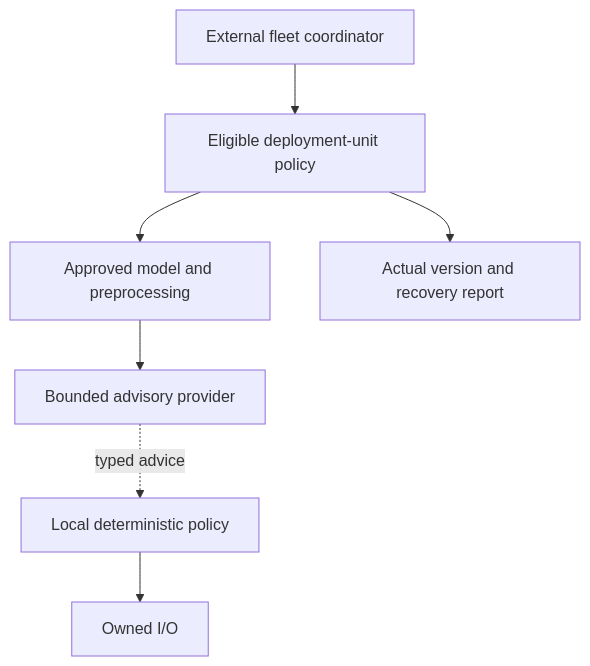
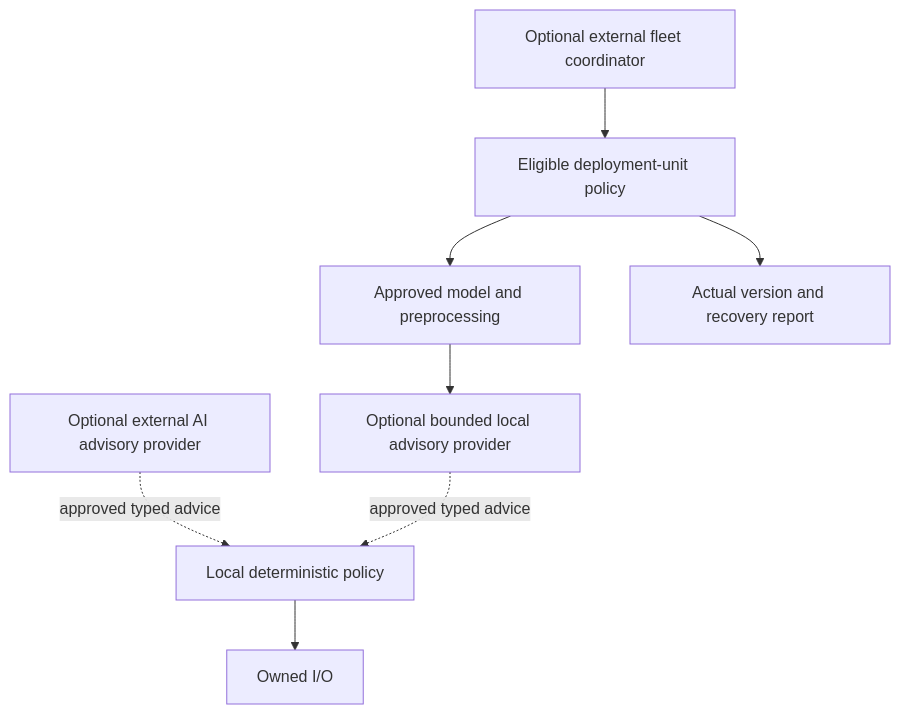
The diagram in docs/architecture/diagrams/D26.mmd (susmithmrm/ZARC), drawn with Mermaid before and after one commit. The commit also changed 10 other files, not shown here.

Commit message:
Synchronize lifecycle diagrams and public design-phase pages with Z12

```diff
--- a/docs/architecture/diagrams/D26.mmd
+++ b/docs/architecture/diagrams/D26.mmd
@@ -1,7 +1,8 @@
 flowchart TD
-  M[Approved model and preprocessing] --> A[Bounded advisory provider]
-  A -. typed advice .-> P[Local deterministic policy]
+  M[Approved model and preprocessing] --> A[Optional bounded local advisory provider]
+  E[Optional external AI advisory provider] -. approved typed advice .-> P[Local deterministic policy]
+  A -. approved typed advice .-> P
   P --> I[Owned I/O]
-  F[External fleet coordinator] --> U[Eligible deployment-unit policy]
+  F[Optional external fleet coordinator] --> U[Eligible deployment-unit policy]
   U --> M
   U --> O[Actual version and recovery report]
```
